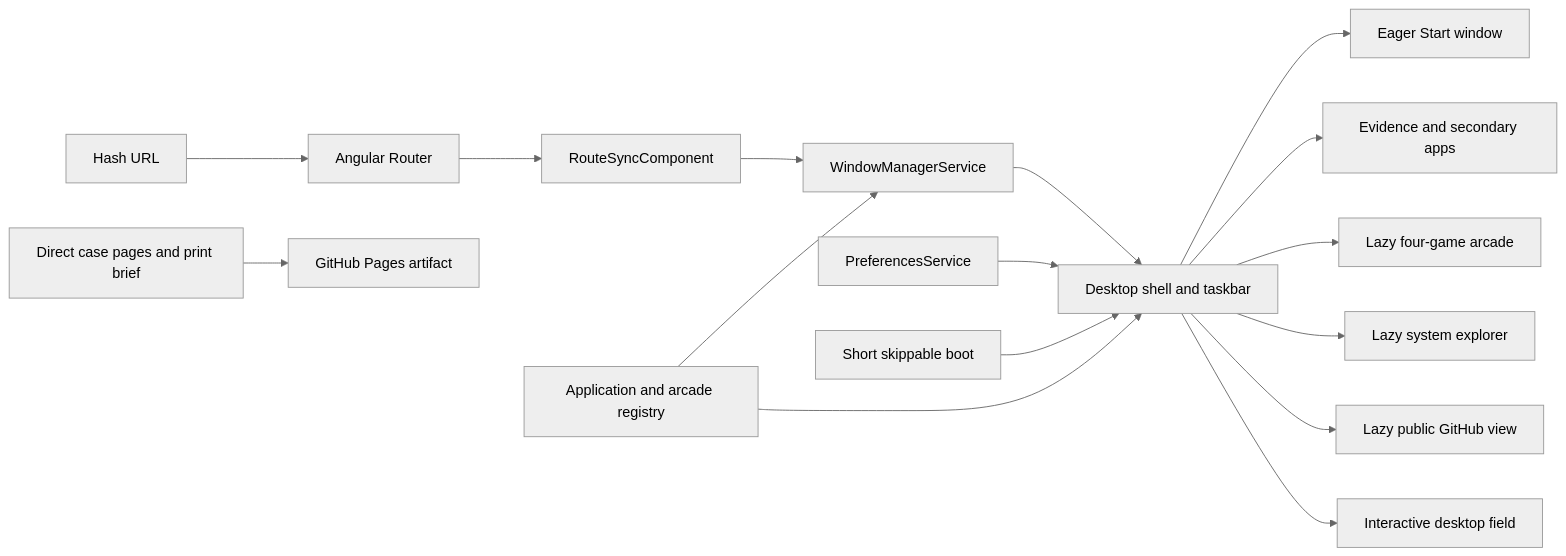
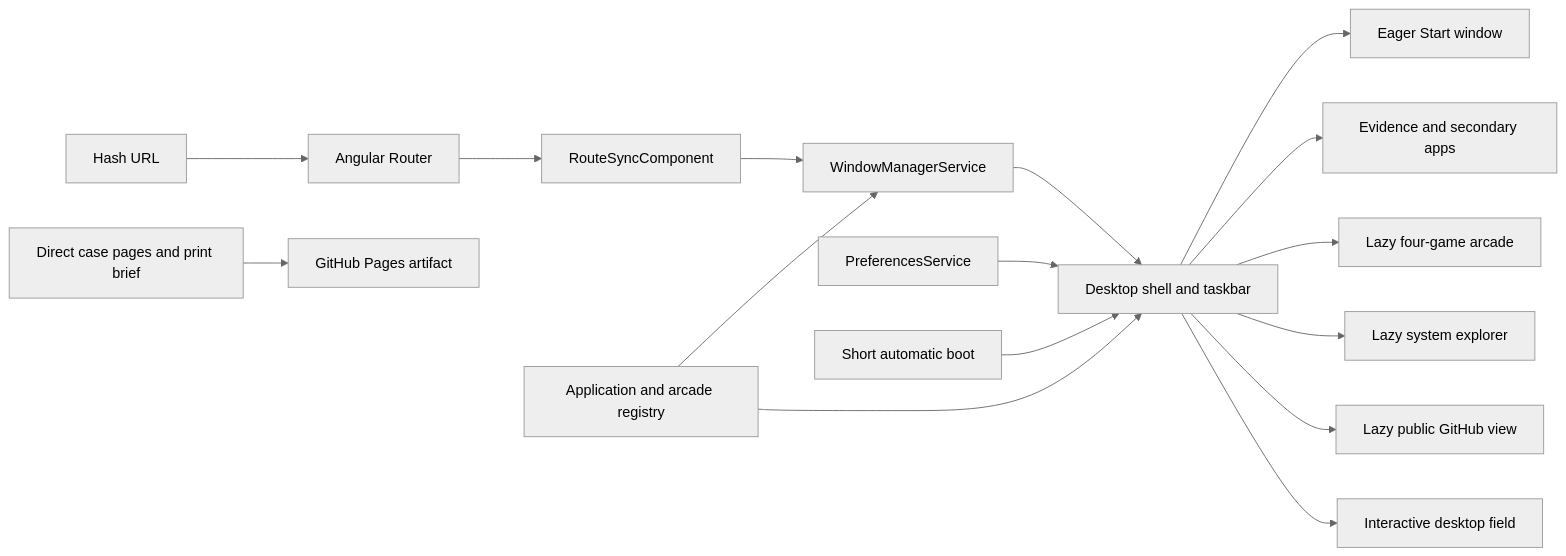
The first of 2 diagrams in docs/ARCHITECTURE.md (connor-patterson/connor-patterson.github.io), drawn with Mermaid (neutral theme) before and after one commit. The commit also changed other lines of this file and 15 other files, not shown here.

````diff
--- a/docs/ARCHITECTURE.md
+++ b/docs/ARCHITECTURE.md
@@ -19,18 +19,18 @@
 ```mermaid
 flowchart LR
     URL["Hash URL"] --> Router["Angular Router"]
     Router --> RouteSync["RouteSyncComponent"]
     Registry["Application and arcade registry"] --> Windows["WindowManagerService"]
     RouteSync --> Windows
     Windows --> Shell["Desktop shell and taskbar"]
     Registry --> Shell
     Preferences["PreferencesService"] --> Shell
-    Boot["Short skippable boot"] --> Shell
+    Boot["Short automatic boot"] --> Shell
     Shell --> Start["Eager Start window"]
     Shell --> Apps["Evidence and secondary apps"]
     Shell --> Arcade["Lazy four-game arcade"]
     Shell --> Systems["Lazy system explorer"]
     Shell --> GitHub["Lazy public GitHub view"]
     Shell --> Signals["Interactive desktop field"]
     Static["Direct case pages and print brief"] --> Pages["GitHub Pages artifact"]
 ```
````
